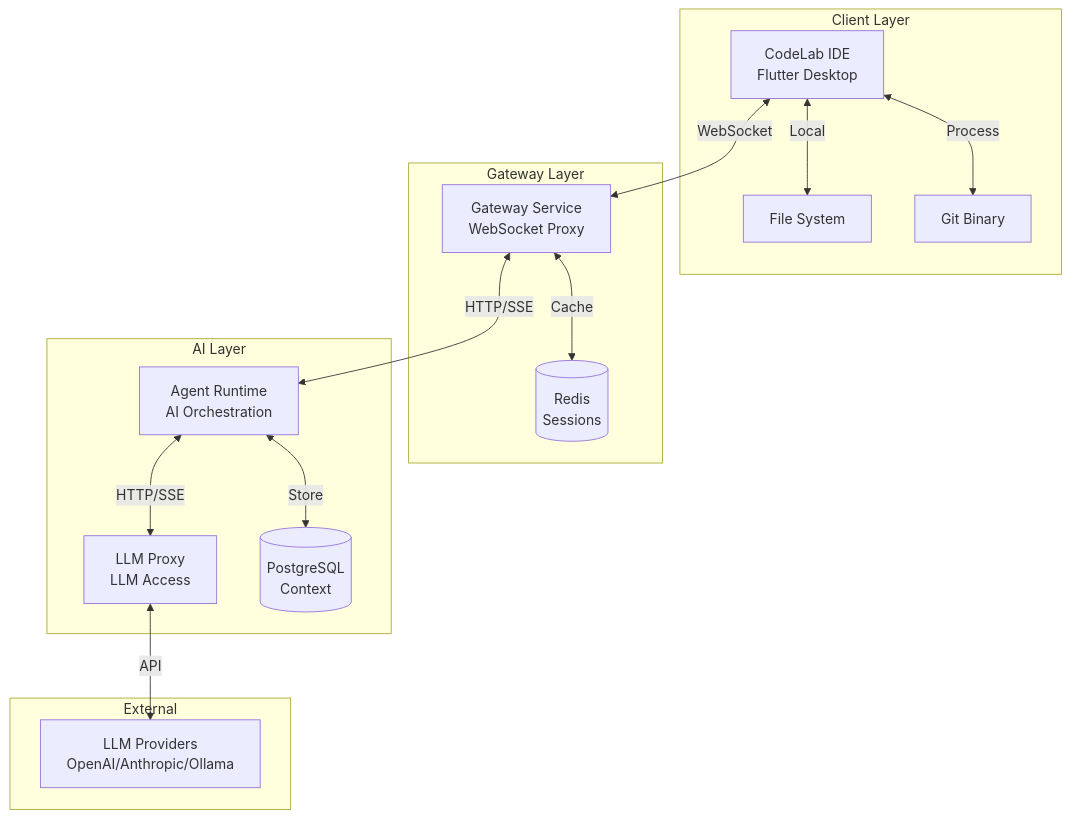
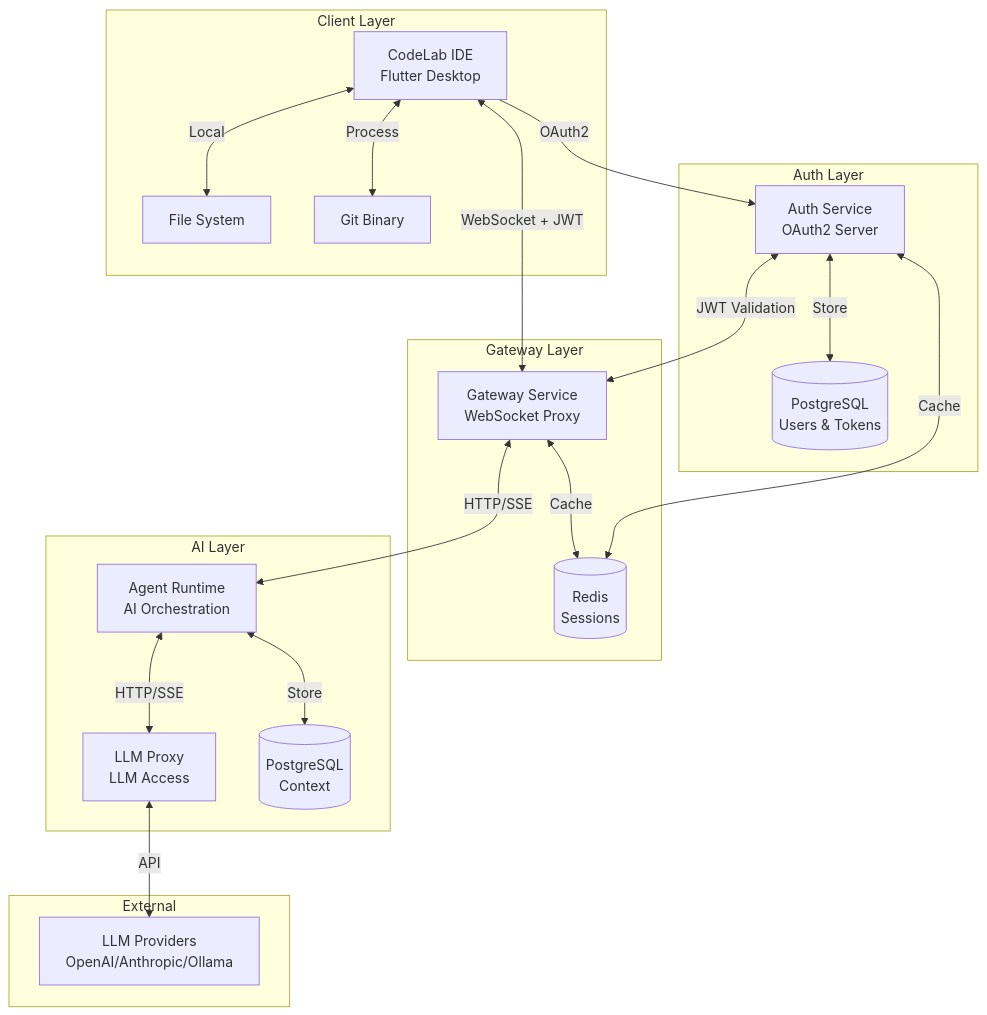
One commit to pese-git/codelab-website changed the first of 6 diagrams in docs/architecture/integration.md. Above: the diagram before and after it, drawn with Mermaid. The commit also changed other lines of this file and 11 other files, not shown here.

````diff
--- a/docs/architecture/integration.md
+++ b/docs/architecture/integration.md
@@ -11,32 +11,41 @@
 ```mermaid
 flowchart TB
     subgraph "Client Layer"
         IDE[CodeLab IDE<br/>Flutter Desktop]
         FS[File System]
         GIT[Git Binary]
     end
     
     subgraph "Gateway Layer"
         GW[Gateway Service<br/>WebSocket Proxy]
         REDIS[(Redis<br/>Sessions)]
     end
     
+    subgraph "Auth Layer"
+        AUTH[Auth Service<br/>OAuth2 Server]
+        AUTH_DB[(PostgreSQL<br/>Users & Tokens)]
+    end
+    
     subgraph "AI Layer"
         AR[Agent Runtime<br/>AI Orchestration]
         LP[LLM Proxy<br/>LLM Access]
         PG[(PostgreSQL<br/>Context)]
     end
     
     subgraph "External"
         LLM[LLM Providers<br/>OpenAI/Anthropic/Ollama]
     end
     
-    IDE <-->|WebSocket| GW
+    IDE -->|OAuth2| AUTH
+    IDE <-->|WebSocket + JWT| GW
     IDE <-->|Local| FS
     IDE <-->|Process| GIT
+    AUTH <-->|JWT Validation| GW
+    AUTH <-->|Store| AUTH_DB
+    AUTH <-->|Cache| REDIS
     GW <-->|HTTP/SSE| AR
     GW <-->|Cache| REDIS
     AR <-->|HTTP/SSE| LP
     AR <-->|Store| PG
     LP <-->|API| LLM
 ```
````
